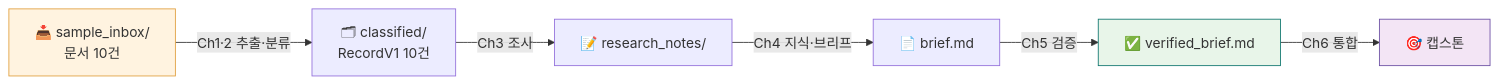
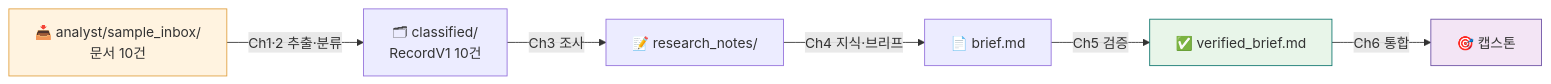
The second of 2 diagrams in books/md/Chapter 0. 환경 셋업.md (Yo-sure/deepagents-handson), drawn with Mermaid before and after one commit. The commit also changed other lines of this file and 10 other files, not shown here.

````diff
--- a/books/md/Chapter 0. 환경 셋업.md
+++ b/books/md/Chapter 0. 환경 셋업.md
@@ -287,11 +287,11 @@
 ```mermaid
 flowchart LR
-    I["📥 sample_inbox/<br/>문서 10건"] -->|"Ch1·2 추출·분류"| C["🗂 classified/<br/>RecordV1 10건"]
+    I["📥 analyst/sample_inbox/<br/>문서 10건"] -->|"Ch1·2 추출·분류"| C["🗂 classified/<br/>RecordV1 10건"]
     C -->|"Ch3 조사"| R["📝 research_notes/"]
     R -->|"Ch4 지식·브리프"| B["📄 brief.md"]
     B -->|"Ch5 검증"| V["✅ verified_brief.md"]
     V -->|"Ch6 통합"| D["🎯 캡스톤"]
     style I fill:#fff3e0,stroke:#e09f3e
     style V fill:#e8f5e9,stroke:#0f766e
     style D fill:#f3e5f5,stroke:#6b4fa3
 ```
````
